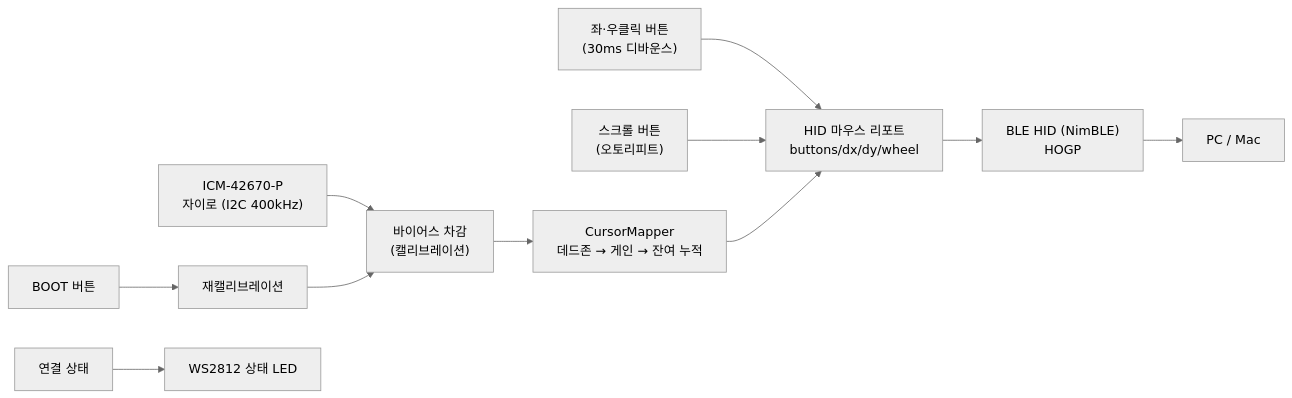
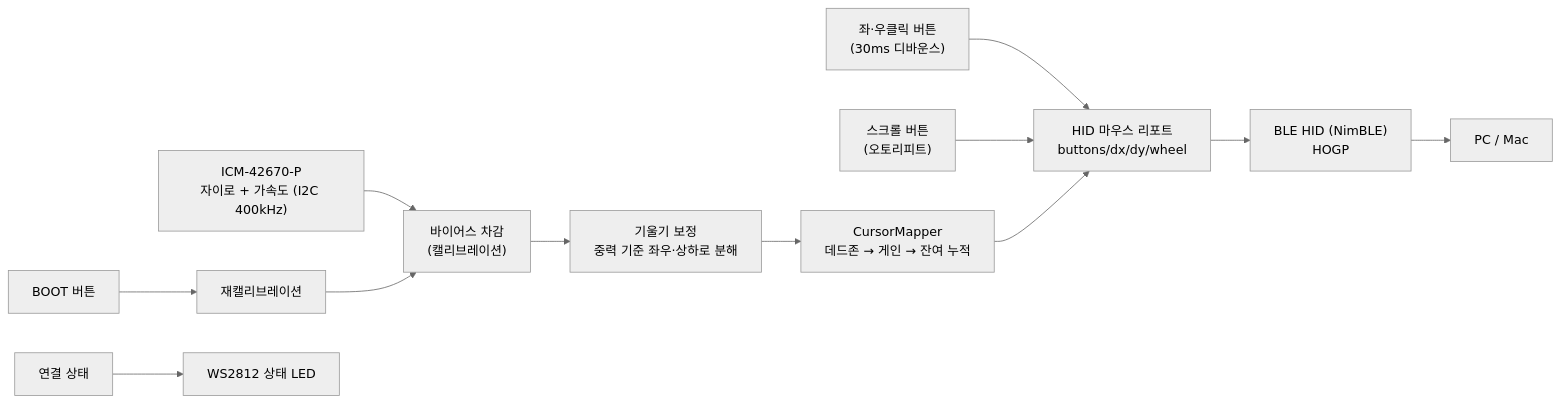
Before and after one commit to barmi/esp32c3-airmouse: the diagram in docs/architecture.md, drawn with Mermaid (neutral theme). The commit also changed other lines of this file and 5 other files, not shown here.

````diff
--- a/docs/architecture.md
+++ b/docs/architecture.md
@@ -5,13 +5,14 @@
 ```mermaid
 flowchart LR
-    IMU["ICM-42670-P<br/>자이로 (I2C 400kHz)"] --> Bias["바이어스 차감<br/>(캘리브레이션)"]
-    Bias --> Map["CursorMapper<br/>데드존 → 게인 → 잔여 누적"]
+    IMU["ICM-42670-P<br/>자이로 + 가속도 (I2C 400kHz)"] --> Bias["바이어스 차감<br/>(캘리브레이션)"]
+    Bias --> Tilt["기울기 보정<br/>중력 기준 좌우·상하로 분해"]
+    Tilt --> Map["CursorMapper<br/>데드존 → 게인 → 잔여 누적"]
     Click["좌·우클릭 버튼<br/>(30ms 디바운스)"] --> Report
     Scroll["스크롤 버튼<br/>(오토리피트)"] --> Report
     Boot["BOOT 버튼"] --> Recal["재캘리브레이션"]
     Recal --> Bias
     Map --> Report["HID 마우스 리포트<br/>buttons/dx/dy/wheel"]
     Report --> BLE["BLE HID (NimBLE)<br/>HOGP"]
     BLE --> Host["PC / Mac"]
     Conn["연결 상태"] --> LED["WS2812 상태 LED"]
 ```
````
